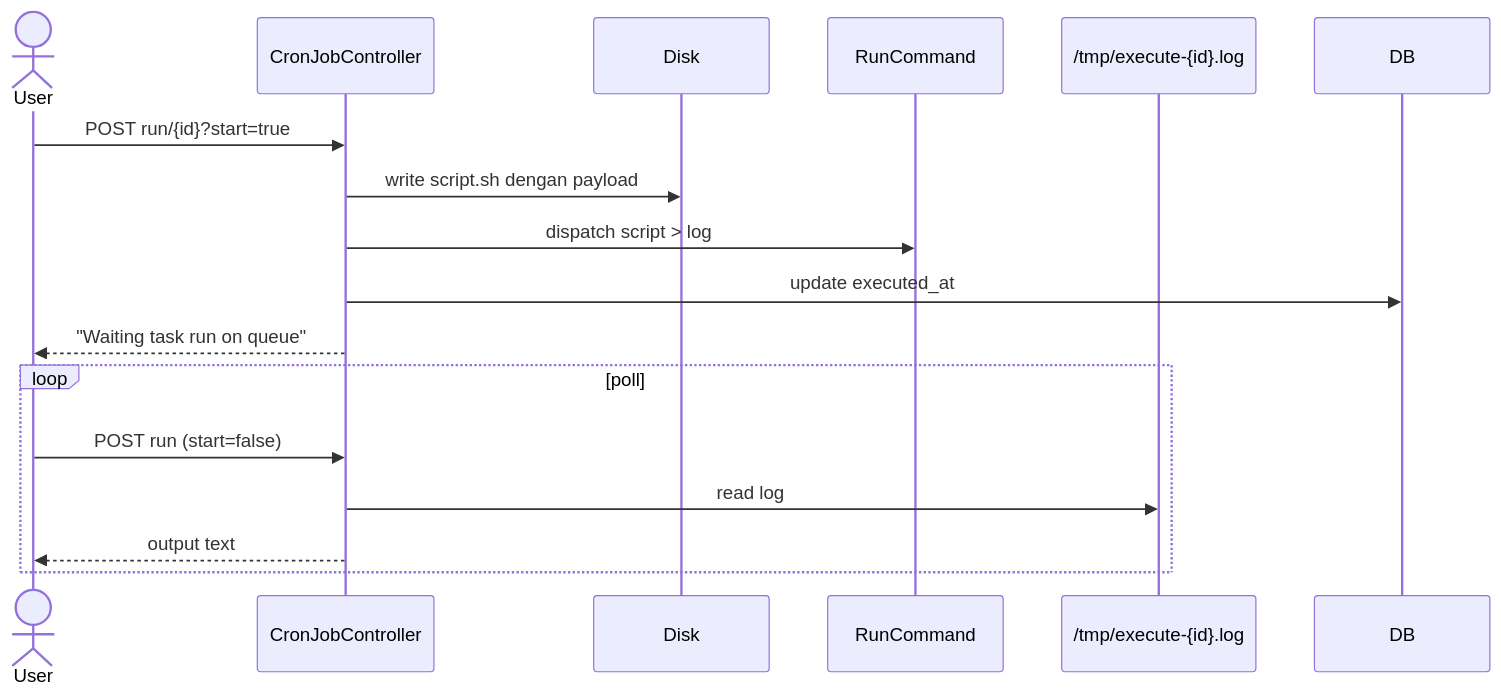
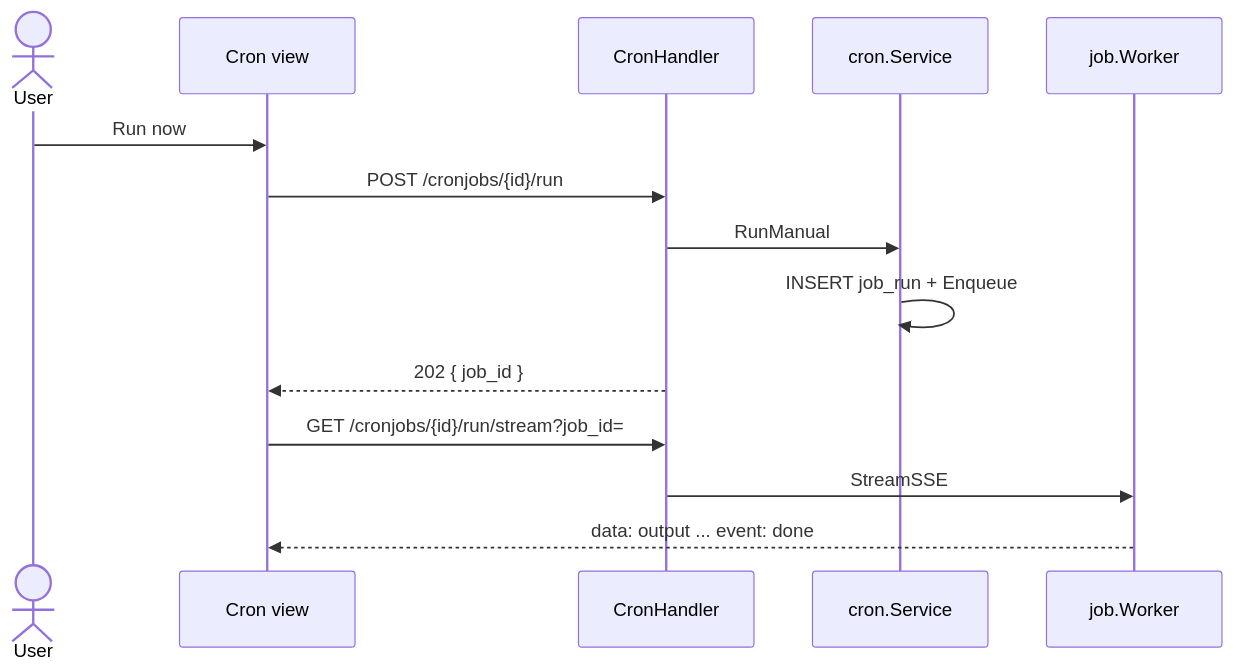
The second of 2 diagrams in docs/sequences/13-cron-jobs.md (jahrulnr/GoSite), drawn with Mermaid before and after one commit. The commit also changed other lines of this file and 107 other files, not shown here.

````diff
--- a/docs/sequences/13-cron-jobs.md
+++ b/docs/sequences/13-cron-jobs.md
@@ -51,20 +62,18 @@
 ```mermaid
 sequenceDiagram
     actor User
-    participant CJ as CronJobController
-    participant Disk
-    participant Queue as RunCommand
-    participant Tmp as /tmp/execute-{id}.log
+    participant UI as Cron view
+    participant H as CronHandler
+    participant Svc as cron.Service
+    participant W as job.Worker
 
-    User->>CJ: POST run/{id}?start=true
-    CJ->>Disk: write script.sh dengan payload
-    CJ->>Queue: dispatch script > log
-    CJ->>DB: update executed_at
-    CJ-->>User: "Waiting task run on queue"
+    User->>UI: Run now
+    UI->>H: POST /cronjobs/{id}/run
+    H->>Svc: RunManual
+    Svc->>Svc: INSERT job_run + Enqueue
+    H-->>UI: 202 { job_id }
 
-    loop poll
-        User->>CJ: POST run (start=false)
-        CJ->>Tmp: read log
-        CJ-->>User: output text
-    end
+    UI->>H: GET /cronjobs/{id}/run/stream?job_id=
+    H->>W: StreamSSE
+    W-->>UI: data: output ... event: done
 ```
````
